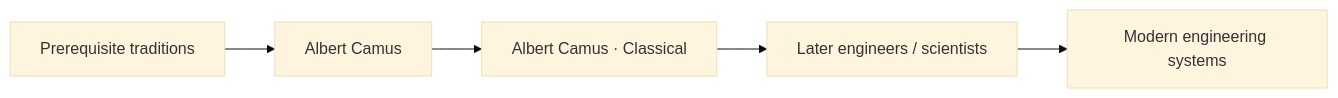
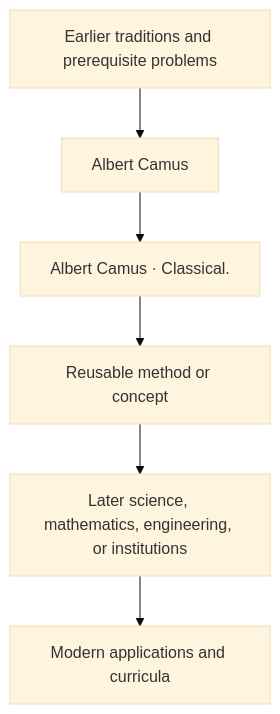
One commit to via-decide/ViaLogic changed the diagram in docs/history/albert-camus/influence.md. Above: the diagram before and after it, drawn with Mermaid (base theme). The commit also changed other lines of this file and 858 other files, not shown here.

````diff
--- a/docs/history/albert-camus/influence.md
+++ b/docs/history/albert-camus/influence.md
@@ -29,7 +16,8 @@
 ```mermaid
-graph LR
-  prerequisites["Prerequisite traditions"] --> current["Albert Camus"]
-  current --> contribution["Albert Camus · Classical"]
-  contribution --> successors["Later engineers / scientists"]
-  successors --> modern["Modern engineering systems"]
+graph TD
+  Prior[Earlier traditions and prerequisite problems] --> Person[Albert Camus]
+  Person --> Contribution[Albert Camus · Classical.]
+  Contribution --> Method[Reusable method or concept]
+  Method --> Later[Later science, mathematics, engineering, or institutions]
+  Later --> Modern[Modern applications and curricula]
 ```
````
